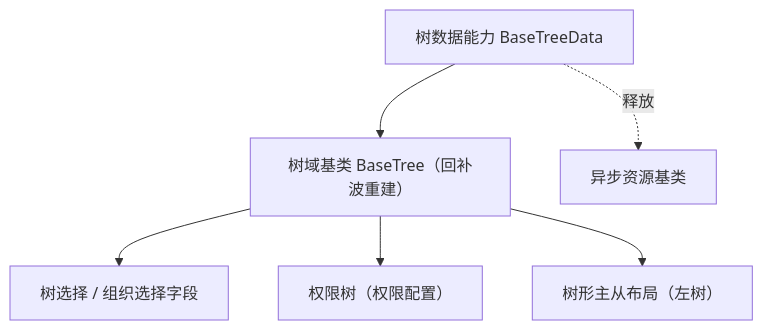
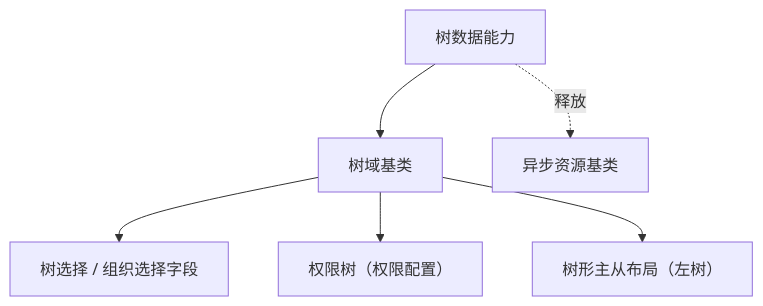
One commit to minjian123/basic-management-system changed the diagram in bms文档/设计/组件设计/02_基础组件类/02_能力类/18_组件设计_树数据能力/18_组件设计_树数据能力.md. Above: the diagram before and after it, drawn with Mermaid. The commit also changed other lines of this file and 238 other files, not shown here.

````diff
--- a/bms文档/设计/组件设计/02_基础组件类/02_能力类/18_组件设计_树数据能力/18_组件设计_树数据能力.md
+++ b/bms文档/设计/组件设计/02_基础组件类/02_能力类/18_组件设计_树数据能力/18_组件设计_树数据能力.md
@@ -15,8 +16,8 @@
 ```mermaid
 flowchart TD
-    TD["树数据能力 BaseTreeData"] --> BT["树域基类 BaseTree（回补波重建）"]
+    TD["树数据能力"] --> BT["树域基类"]
     BT --> T1["树选择 / 组织选择字段"]
     BT --> T2["权限树（权限配置）"]
     BT --> T3["树形主从布局（左树）"]
     TD -. 释放 .-> AR["异步资源基类"]
 ```
````
